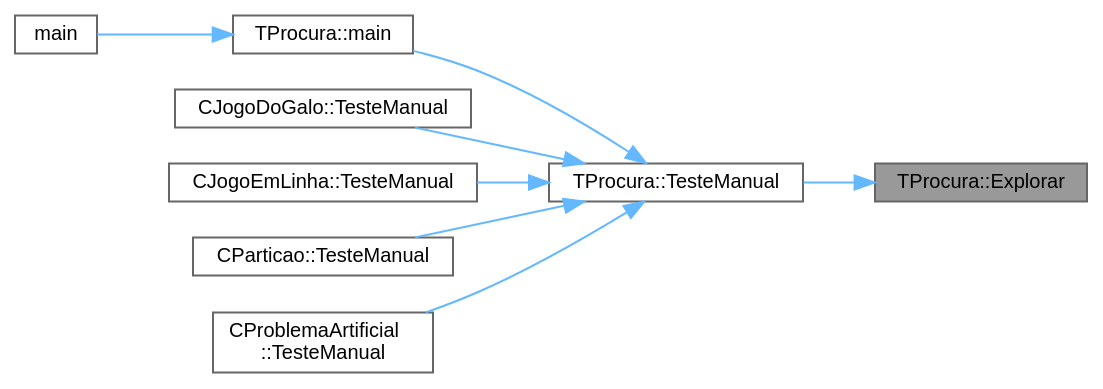
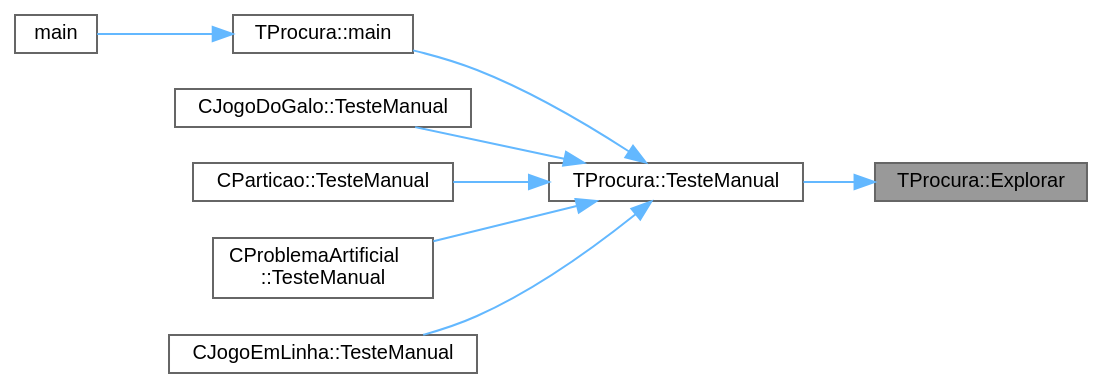
Before and after one commit to jcoelho72/TProcura: the diagram in classTProcura_abd93e2ba1f58d3ee7bef74845cee99fb_icgraph.dot, drawn with Graphviz. The commit also changed 175 other files, not shown here.

```diff
--- a/classTProcura_abd93e2ba1f58d3ee7bef74845cee99fb_icgraph.dot
+++ b/classTProcura_abd93e2ba1f58d3ee7bef74845cee99fb_icgraph.dot
@@ -1,23 +1,23 @@
 digraph "TProcura::Explorar"
 {
  // LATEX_PDF_SIZE
   bgcolor="transparent";
   edge [fontname=Helvetica,fontsize=10,labelfontname=Helvetica,labelfontsize=10];
   node [fontname=Helvetica,fontsize=10,shape=box,height=0.2,width=0.4];
   rankdir="RL";
   Node1 [id="Node000001",label="TProcura::Explorar",height=0.2,width=0.4,color="gray40", fillcolor="grey60", style="filled", fontcolor="black",tooltip="definir para explorar manualmente os dados (não definido em TProcura, apenas em TProcuraConstrutiva)"];
   Node1 -> Node2 [id="edge1_Node000001_Node000002",dir="back",color="steelblue1",style="solid",tooltip=" "];
   Node2 [id="Node000002",label="TProcura::TesteManual",height=0.2,width=0.4,color="grey40", fillcolor="white", style="filled",URL="$classTProcura.html#a8331059908495f9a915ada39424ca27c",tooltip="Inicializa a interação com o utilizador."];
   Node2 -> Node3 [id="edge2_Node000002_Node000003",dir="back",color="steelblue1",style="solid",tooltip=" "];
   Node3 [id="Node000003",label="TProcura::main",height=0.2,width=0.4,color="grey40", fillcolor="white", style="filled",URL="$classTProcura.html#a8efd6f9c08b28effd32ab3ed07b4f70e",tooltip="Inicializa a interação com o utilizador."];
   Node3 -> Node4 [id="edge3_Node000003_Node000004",dir="back",color="steelblue1",style="solid",tooltip=" "];
   Node4 [id="Node000004",label="main",height=0.2,width=0.4,color="grey40", fillcolor="white", style="filled",URL="$Adversa_2Teste_2teste_8cpp.html#a0ddf1224851353fc92bfbff6f499fa97",tooltip=" "];
   Node2 -> Node5 [id="edge4_Node000002_Node000005",dir="back",color="steelblue1",style="solid",tooltip=" "];
   Node5 [id="Node000005",label="CJogoDoGalo::TesteManual",height=0.2,width=0.4,color="grey40", fillcolor="white", style="filled",URL="$classCJogoDoGalo.html#a113984a3801a93ebce61e0a700a413ab",tooltip=" "];
   Node2 -> Node6 [id="edge5_Node000002_Node000006",dir="back",color="steelblue1",style="solid",tooltip=" "];
-  Node6 [id="Node000006",label="CJogoEmLinha::TesteManual",height=0.2,width=0.4,color="grey40", fillcolor="white", style="filled",URL="$classCJogoEmLinha.html#ad289e94136b44c9e3e942acf64ff0449",tooltip=" "];
+  Node6 [id="Node000006",label="CParticao::TesteManual",height=0.2,width=0.4,color="grey40", fillcolor="white", style="filled",URL="$classCParticao.html#aa4d328b9944991f3fc52ce0726111865",tooltip=" "];
   Node2 -> Node7 [id="edge6_Node000002_Node000007",dir="back",color="steelblue1",style="solid",tooltip=" "];
-  Node7 [id="Node000007",label="CParticao::TesteManual",height=0.2,width=0.4,color="grey40", fillcolor="white", style="filled",URL="$classCParticao.html#aa4d328b9944991f3fc52ce0726111865",tooltip=" "];
+  Node7 [id="Node000007",label="CProblemaArtificial\l::TesteManual",height=0.2,width=0.4,color="grey40", fillcolor="white", style="filled",URL="$classCProblemaArtificial.html#abaad629eb538177261df40e1e27e92ed",tooltip=" "];
   Node2 -> Node8 [id="edge7_Node000002_Node000008",dir="back",color="steelblue1",style="solid",tooltip=" "];
-  Node8 [id="Node000008",label="CProblemaArtificial\l::TesteManual",height=0.2,width=0.4,color="grey40", fillcolor="white", style="filled",URL="$classCProblemaArtificial.html#abaad629eb538177261df40e1e27e92ed",tooltip=" "];
+  Node8 [id="Node000008",label="CJogoEmLinha::TesteManual",height=0.2,width=0.4,color="grey40", fillcolor="white", style="filled",URL="$classCJogoEmLinha.html#a605b4293eeaed3fd542afe36edcc8d51",tooltip="Inicializa a interação com o utilizador."];
 }
```
